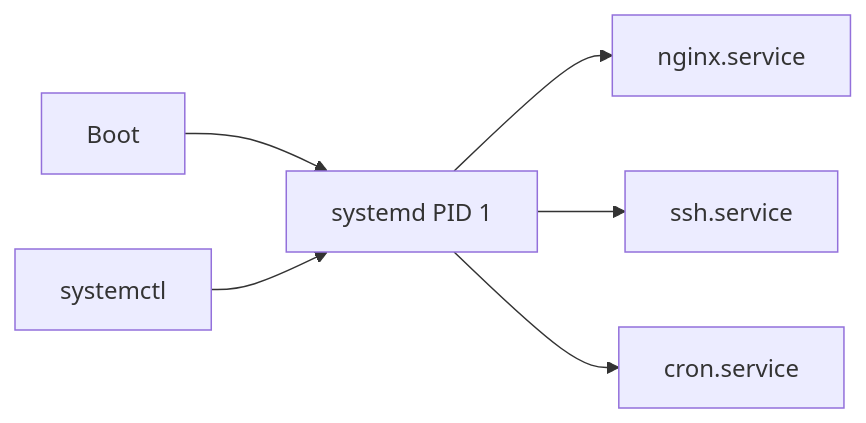
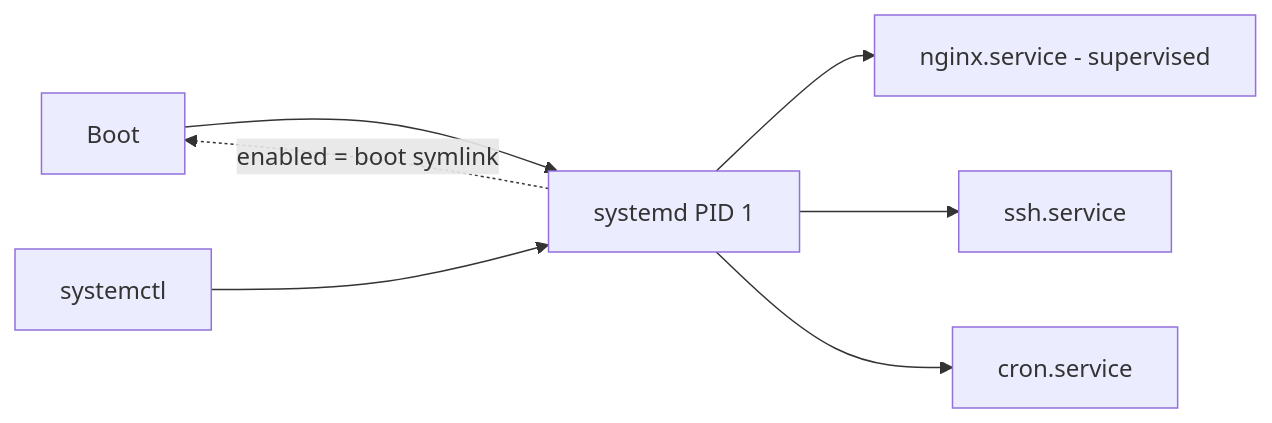
One commit to cloud-prakhar/learning-linux changed the diagram in 05-processes-and-services/systemd-services.md. Above: the diagram before and after it, drawn with Mermaid. The commit also changed other lines of this file and 69 other files, not shown here.

````diff
--- a/05-processes-and-services/systemd-services.md
+++ b/05-processes-and-services/systemd-services.md
@@ -28,8 +33,9 @@
 ```mermaid
 flowchart LR
     Boot[Boot] --> Systemd[systemd PID 1]
-    Systemd --> S1[nginx.service]
+    Systemd --> S1[nginx.service - supervised]
     Systemd --> S2[ssh.service]
     Systemd --> S3[cron.service]
     Ctl[systemctl] --> Systemd
+    Systemd -.enabled = boot symlink.-> Boot
 ```
````
